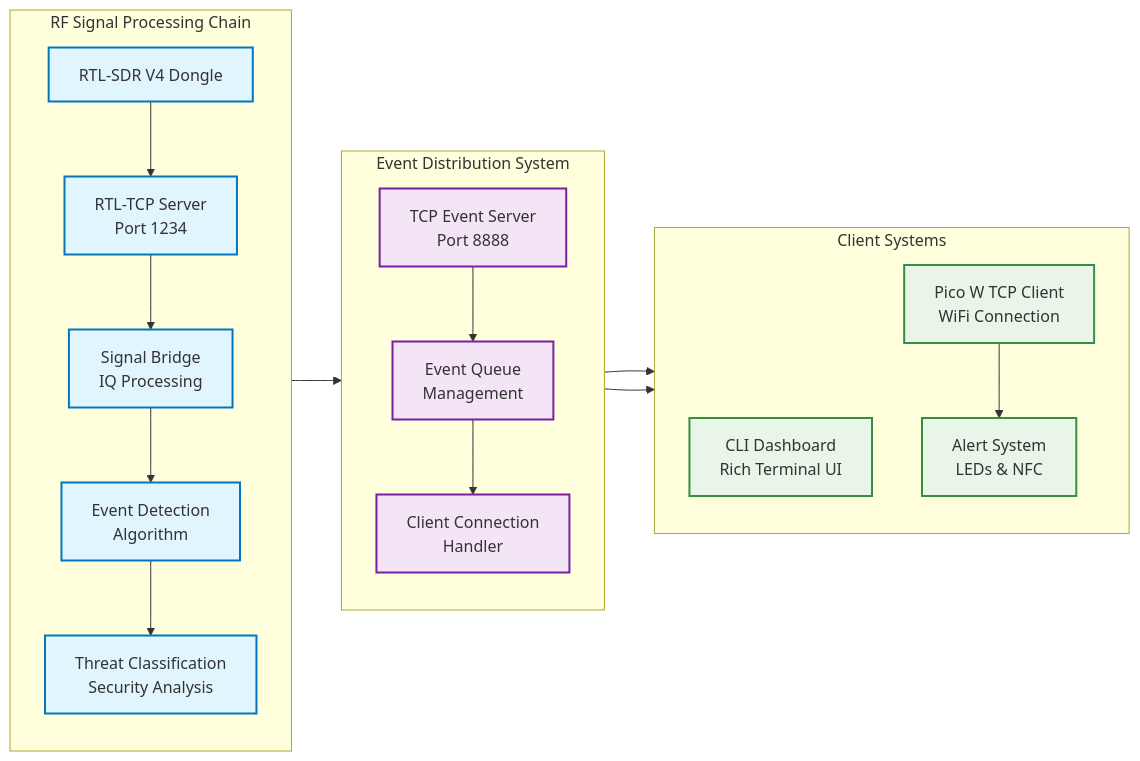
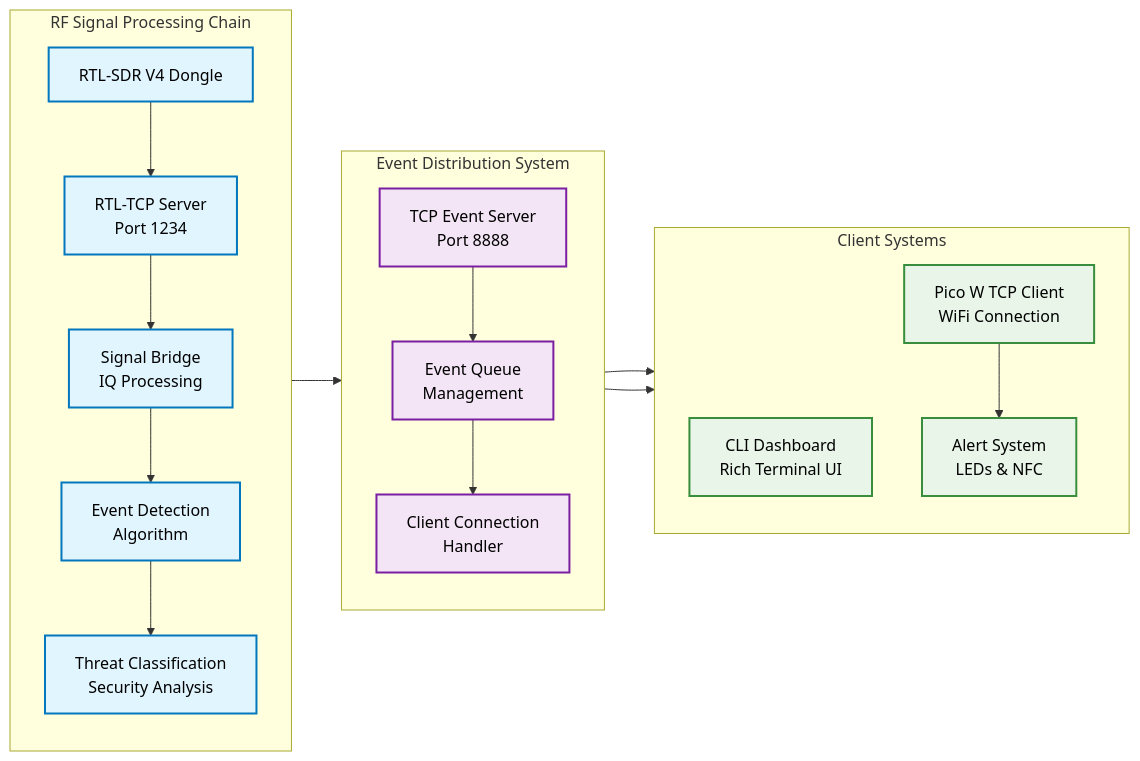
Before and after one commit to jondmarien/automotive-security-capstone: the second of 5 diagrams in backend/docs/diagrams/architecture.md, drawn with Mermaid. The commit also changed other lines of this file, not shown here.

Commit message:
chore(docs): modified architecture diagram to have darker colour text

````diff
--- a/backend/docs/diagrams/architecture.md
+++ b/backend/docs/diagrams/architecture.md
@@ -50,46 +50,46 @@
 ```mermaid
 graph LR
     %% RF Capture & Processing Chain
     subgraph RF_CHAIN ["RF Signal Processing Chain"]
         direction TB
         A[RTL-SDR V4 Dongle] --> B[RTL-TCP Server<br/>Port 1234]
         B --> C[Signal Bridge<br/>IQ Processing]
         C --> D[Event Detection<br/>Algorithm]
         D --> E[Threat Classification<br/>Security Analysis]
     end
     
     %% Event Distribution
     subgraph EVENT_DIST ["Event Distribution System"]
         direction TB
         F[TCP Event Server<br/>Port 8888]
         G[Event Queue<br/>Management]
         H[Client Connection<br/>Handler]
         
         F --> G
         G --> H
     end
     
     %% Client Systems
     subgraph CLIENTS ["Client Systems"]
         direction TB
         I[CLI Dashboard<br/>Rich Terminal UI]
         J[Pico W TCP Client<br/>WiFi Connection]
         K[Alert System<br/>LEDs & NFC]
         
         J --> K
     end
     
     %% Connections
     E --> F
     H --> I
     H --> J
     
     %% Styling
-    classDef rfChain fill:#e1f5fe,stroke:#0277bd,stroke-width:2px
-    classDef eventDist fill:#f3e5f5,stroke:#7b1fa2,stroke-width:2px
-    classDef clients fill:#e8f5e8,stroke:#388e3c,stroke-width:2px
+    classDef rfChain fill:#e1f5fe,stroke:#0277bd,stroke-width:2px,color:#000
+    classDef eventDist fill:#f3e5f5,stroke:#7b1fa2,stroke-width:2px,color:#000
+    classDef clients fill:#e8f5e8,stroke:#388e3c,stroke-width:2px,color:#000
     
     class A,B,C,D,E rfChain
     class F,G,H eventDist
     class I,J,K clients
 ```
````
